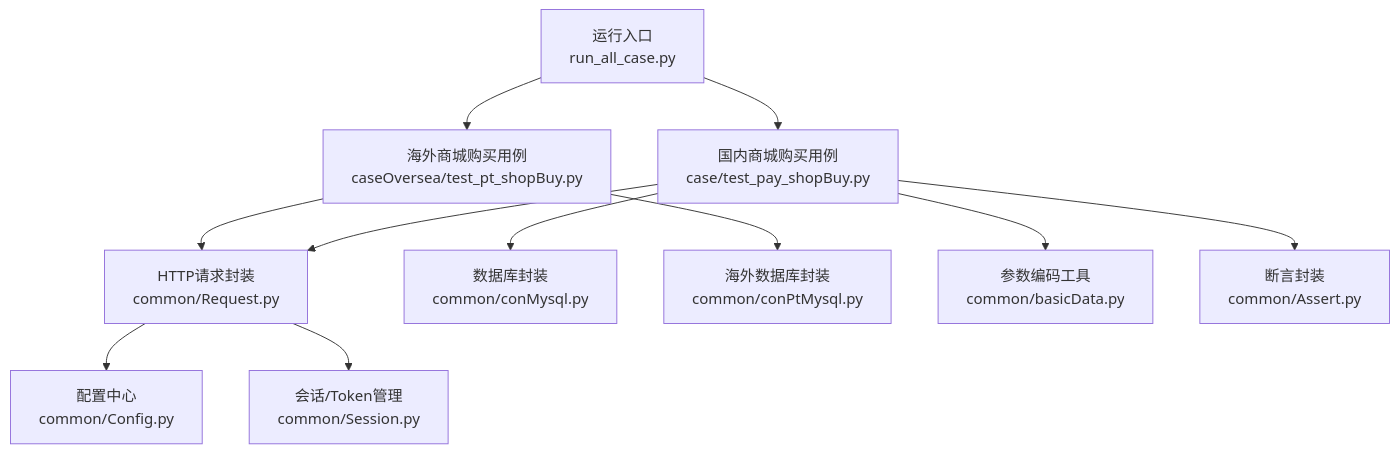
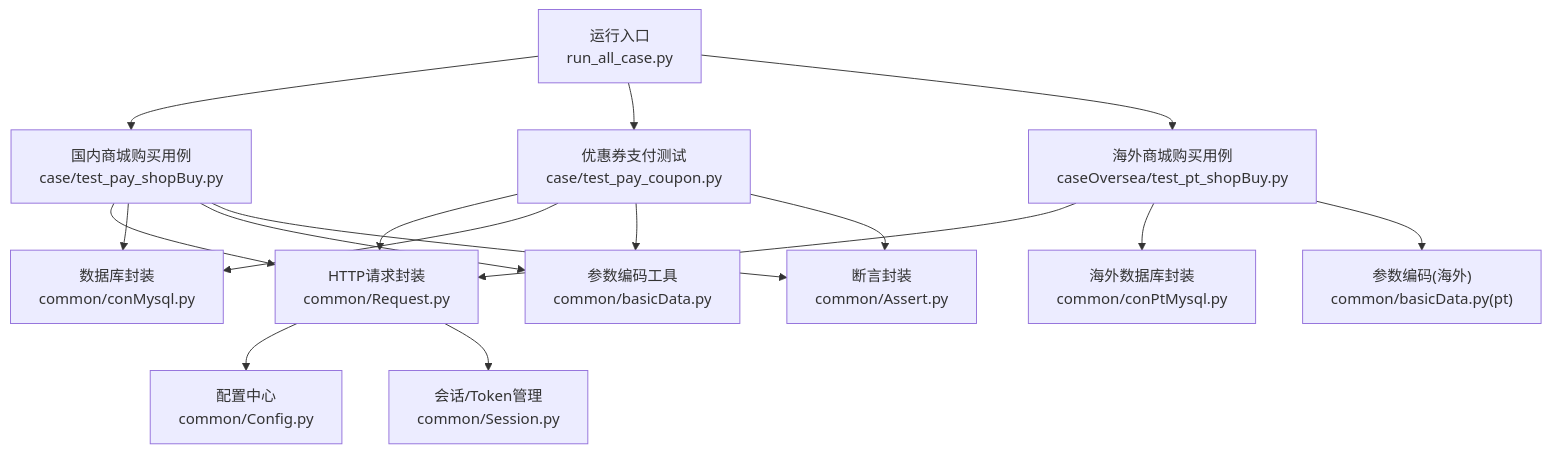
Before and after one commit to liximing1-ola/qa-payTest: the first of 9 diagrams in .qoder/repowiki/zh/content/支付测试用例/商城购买测试.md, drawn with Mermaid. The commit also changed other lines of this file and 14 other files, not shown here.

````diff
--- a/.qoder/repowiki/zh/content/支付测试用例/商城购买测试.md
+++ b/.qoder/repowiki/zh/content/支付测试用例/商城购买测试.md
@@ -45,13 +55,19 @@
 ```mermaid
 graph TB
 A["运行入口<br/>run_all_case.py"] --> B["国内商城购买用例<br/>case/test_pay_shopBuy.py"]
-A --> C["海外商城购买用例<br/>caseOversea/test_pt_shopBuy.py"]
-B --> D["HTTP请求封装<br/>common/Request.py"]
-C --> D
-D --> E["配置中心<br/>common/Config.py"]
-D --> F["会话/Token管理<br/>common/Session.py"]
-B --> G["数据库封装<br/>common/conMysql.py"]
-C --> H["海外数据库封装<br/>common/conPtMysql.py"]
-B --> I["参数编码工具<br/>common/basicData.py"]
-B --> J["断言封装<br/>common/Assert.py"]
+A --> C["优惠券支付测试<br/>case/test_pay_coupon.py"]
+A --> D["海外商城购买用例<br/>caseOversea/test_pt_shopBuy.py"]
+B --> E["HTTP请求封装<br/>common/Request.py"]
+C --> E
+D --> E
+E --> F["配置中心<br/>common/Config.py"]
+E --> G["会话/Token管理<br/>common/Session.py"]
+B --> H["数据库封装<br/>common/conMysql.py"]
+C --> H
+D --> I["海外数据库封装<br/>common/conPtMysql.py"]
+B --> J["参数编码工具<br/>common/basicData.py"]
+C --> J
+B --> K["断言封装<br/>common/Assert.py"]
+C --> K
+D --> L["参数编码(海外)<br/>common/basicData.py(pt)"]
 ```
````
